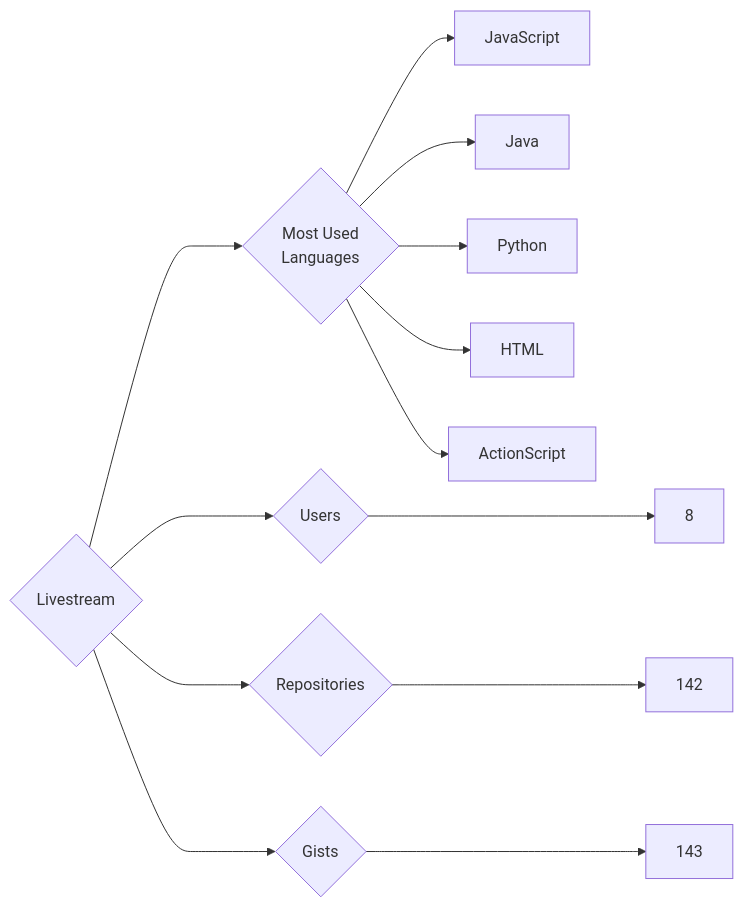
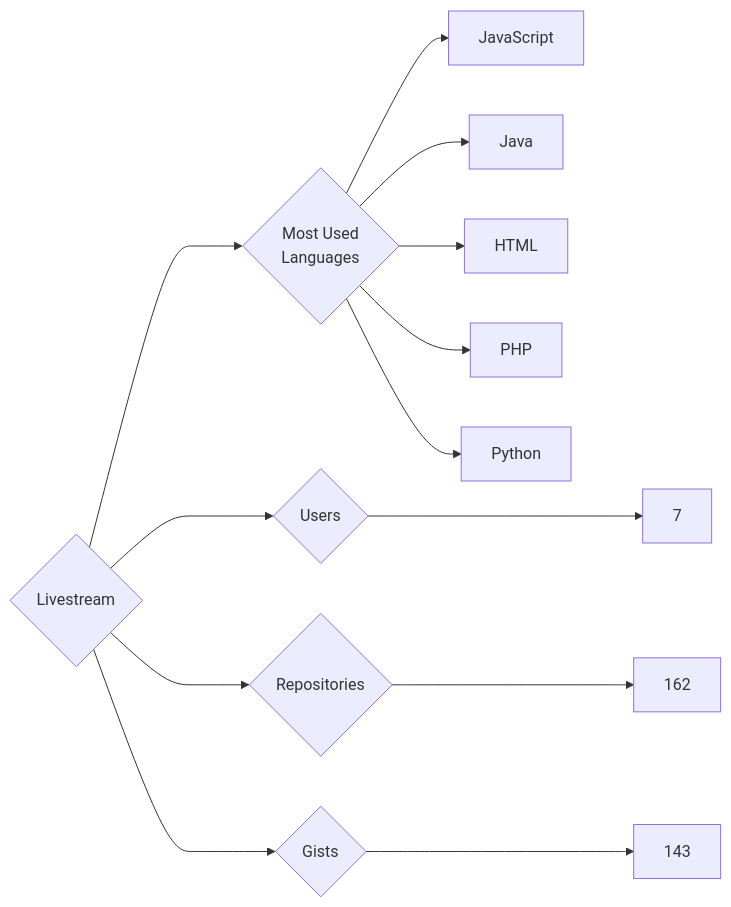
Before and after one commit to trickest/insiders: the diagram in targets/Livestream/README.md, drawn with Mermaid. The commit also changed 1248 other files, not shown here.

````diff
--- a/targets/Livestream/README.md
+++ b/targets/Livestream/README.md
@@ -3,13 +3,13 @@
 ```mermaid
 graph LR
 COMPANY_NAME{Livestream}
-COMPANY_NAME ---> U{Users} ---> UN[8]
-COMPANY_NAME ---> R{Repositories} ---> RN[142]
+COMPANY_NAME ---> U{Users} ---> UN[7]
+COMPANY_NAME ---> R{Repositories} ---> RN[162]
 COMPANY_NAME ---> G{Gists} ---> GN[143]
 COMPANY_NAME ---> ML{Most Used<br>Languages}
 ML --> JavaScript[JavaScript]
 ML --> Java[Java]
+ML --> HTML[HTML]
+ML --> PHP[PHP]
 ML --> Python[Python]
-ML --> HTML[HTML]
-ML --> ActionScript[ActionScript]
 ```
````
